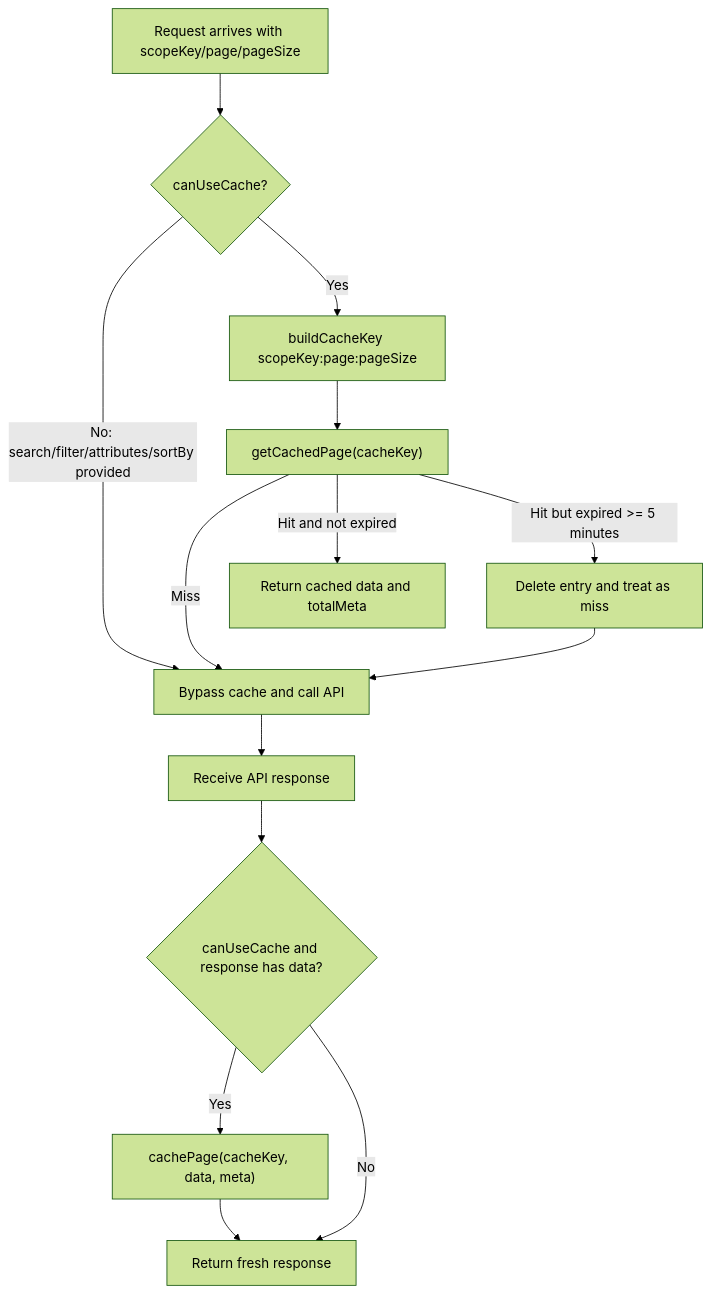
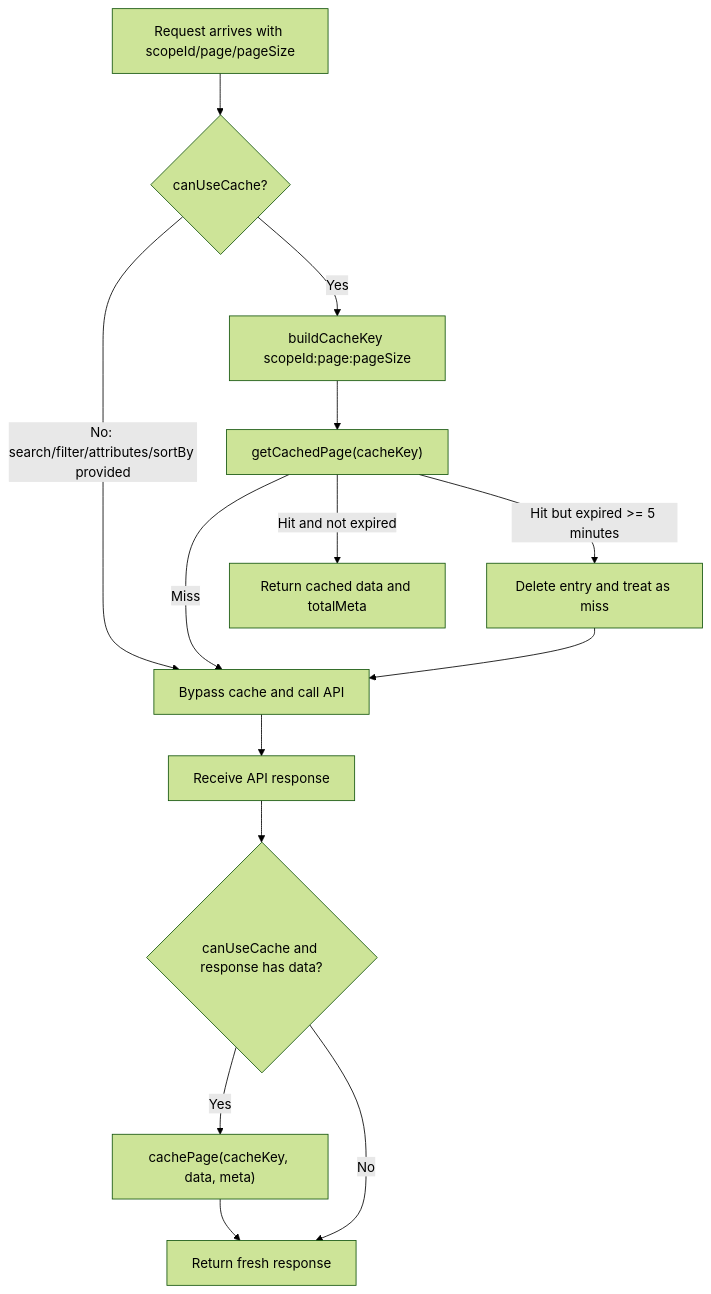
Before and after one commit to webex/webex-js-sdk: the fifth of 6 diagrams in packages/@webex/contact-center/src/utils/ai-docs/utils-spec.md, drawn with Mermaid (forest theme). The commit also changed other lines of this file and 32 other files, not shown here.

````diff
--- a/packages/@webex/contact-center/src/utils/ai-docs/utils-spec.md
+++ b/packages/@webex/contact-center/src/utils/ai-docs/utils-spec.md
@@ -251,16 +251,16 @@
 ```mermaid
 graph TD
-  A[Request arrives with scopeKey/page/pageSize] --> B{canUseCache?}
+  A[Request arrives with scopeId/page/pageSize] --> B{canUseCache?}
   B -->|No: search/filter/attributes/sortBy provided| C[Bypass cache and call API]
-  B -->|Yes| D[buildCacheKey scopeKey:page:pageSize]
+  B -->|Yes| D[buildCacheKey scopeId:page:pageSize]
   D --> E["getCachedPage(cacheKey)"]
   E -->|Miss| C
   E -->|Hit and not expired| F[Return cached data and totalMeta]
   E -->|Hit but expired >= 5 minutes| G[Delete entry and treat as miss]
   G --> C
   C --> H[Receive API response]
   H --> K{canUseCache and response has data?}
   K -->|Yes| I["cachePage(cacheKey, data, meta)"]
   K -->|No| J[Return uncached response]
   I --> J[Return fresh response]
 ```
````
